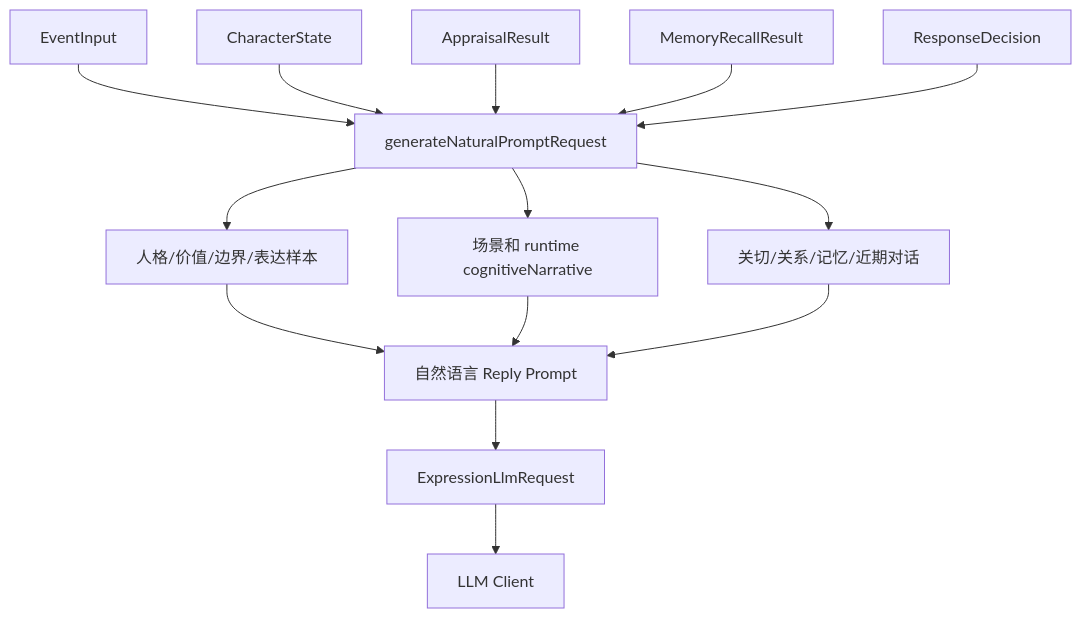
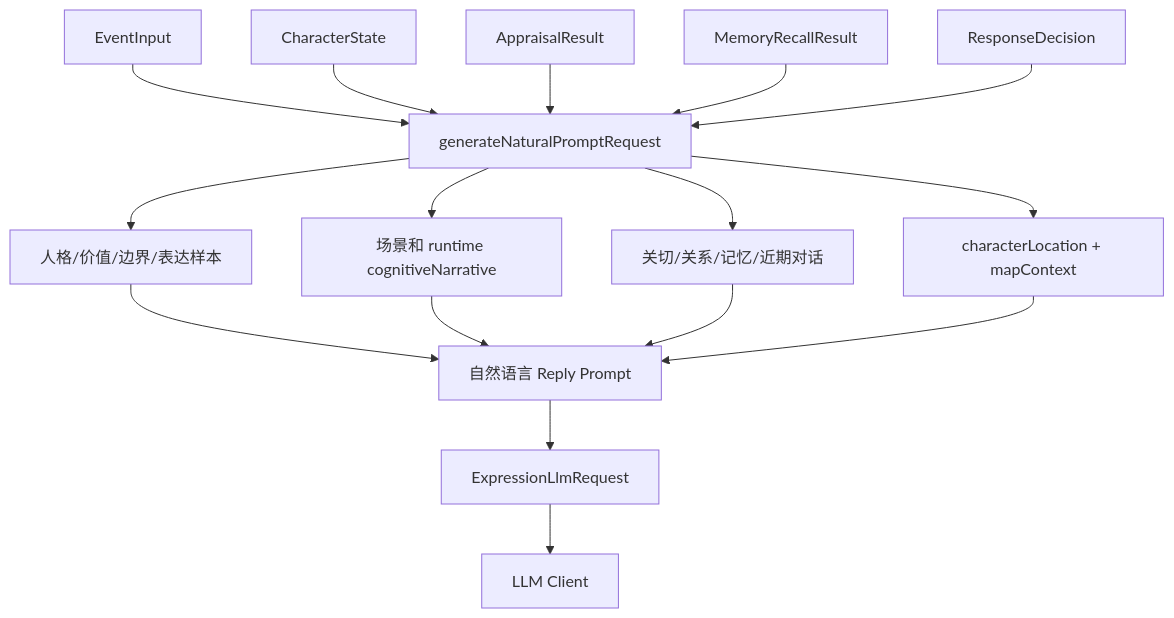
Diagram 18 of 30 in docs/SYSTEM_FLOW.md (ttmanthatman/virtual-human-flow), drawn with Mermaid before and after one commit. The commit also changed other lines of this file and 13 other files, not shown here.

````diff
--- a/docs/SYSTEM_FLOW.md
+++ b/docs/SYSTEM_FLOW.md
@@ -393,16 +408,18 @@
 ```mermaid
 flowchart TD
     E["EventInput"] --> PG["generateNaturalPromptRequest"]
     S["CharacterState"] --> PG
     A["AppraisalResult"] --> PG
     M["MemoryRecallResult"] --> PG
     D["ResponseDecision"] --> PG
     PG --> P1["人格/价值/边界/表达样本"]
     PG --> P2["场景和 runtime cognitiveNarrative"]
     PG --> P3["关切/关系/记忆/近期对话"]
+    PG --> P4["characterLocation + mapContext"]
     P1 --> PROMPT["自然语言 Reply Prompt"]
     P2 --> PROMPT
     P3 --> PROMPT
+    P4 --> PROMPT
     PROMPT --> REQ["ExpressionLlmRequest"]
     REQ --> LLM["LLM Client"]
 ```
````
